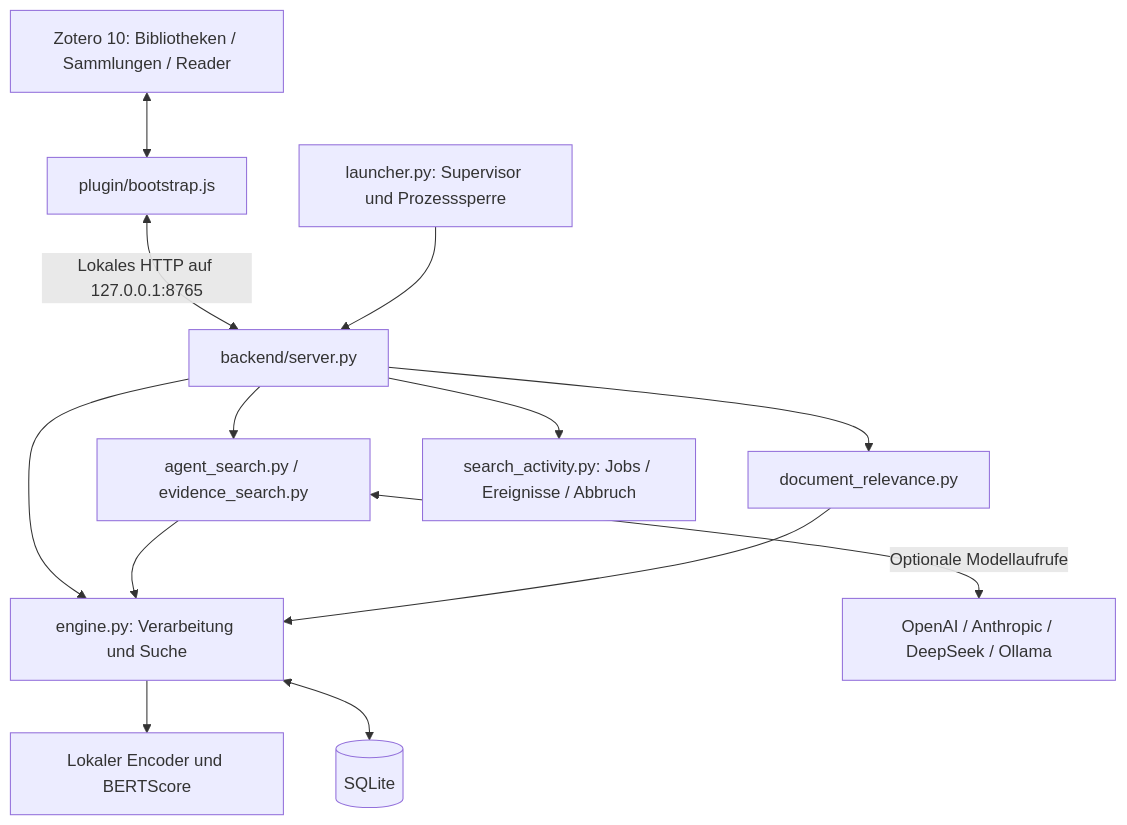
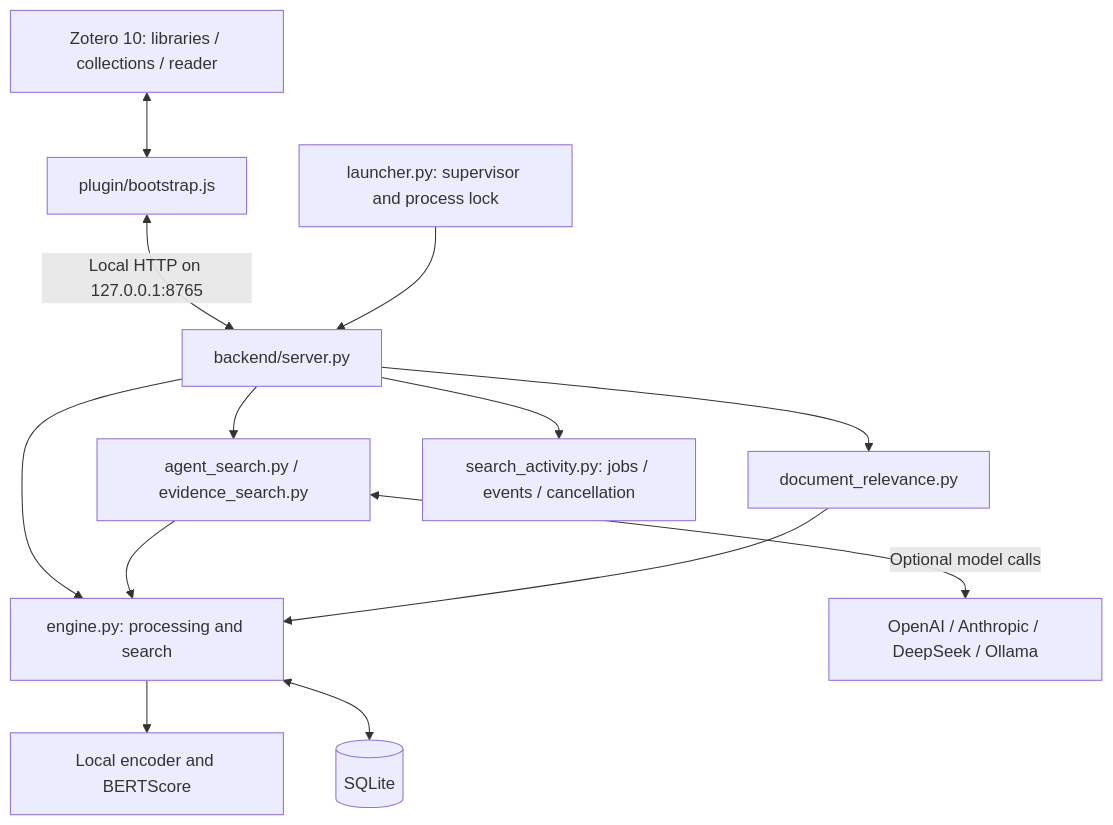
Before and after one commit to Cuzimnero/zitatlotse: the diagram in docs/ARCHITECTURE.md, drawn with Mermaid. The commit also changed other lines of this file and 17 other files, not shown here.

````diff
--- a/docs/ARCHITECTURE.md
+++ b/docs/ARCHITECTURE.md
@@ -7,15 +7,15 @@
 ```mermaid
 flowchart TB
-    Z[Zotero 10: Bibliotheken / Sammlungen / Reader] <--> P[plugin/bootstrap.js]
-    P <-->|Lokales HTTP auf 127.0.0.1:8765| S[backend/server.py]
-    L[launcher.py: Supervisor und Prozesssperre] --> S
-    S --> E[engine.py: Verarbeitung und Suche]
-    E --> M[Lokaler Encoder und BERTScore]
+    Z[Zotero 10: libraries / collections / reader] <--> P[plugin/bootstrap.js]
+    P <-->|Local HTTP on 127.0.0.1:8765| S[backend/server.py]
+    L[launcher.py: supervisor and process lock] --> S
+    S --> E[engine.py: processing and search]
+    E --> M[Local encoder and BERTScore]
     E <--> D[(SQLite)]
     S --> A[agent_search.py / evidence_search.py]
     A --> E
-    A <-->|Optionale Modellaufrufe| K[OpenAI / Anthropic / DeepSeek / Ollama]
+    A <-->|Optional model calls| K[OpenAI / Anthropic / DeepSeek / Ollama]
     S --> R[document_relevance.py]
     R --> E
-    S --> J[search_activity.py: Jobs / Ereignisse / Abbruch]
+    S --> J[search_activity.py: jobs / events / cancellation]
 ```
````
